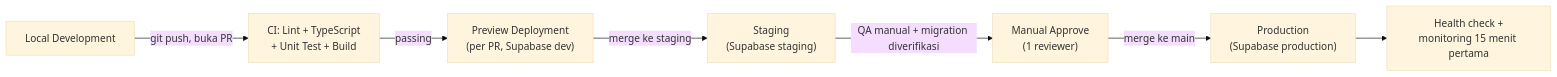
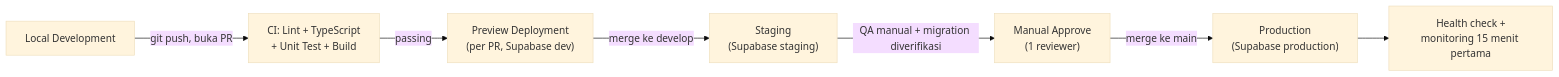
Before and after one commit to CodeByAbi/Nuxio: the seventh of 7 diagrams in docs/03. Architecture Decisions.md, drawn with Mermaid (base theme). The commit also changed other lines of this file and 5 other files, not shown here.

First line of the commit message:
docs: finish staging->develop terminology cleanup, remove remaining Prisma refs

````diff
--- a/docs/03. Architecture Decisions.md
+++ b/docs/03. Architecture Decisions.md
@@ -696,9 +696,9 @@
 ```mermaid
 flowchart LR
     DEV["Local Development"] -->|git push, buka PR| CI["CI: Lint + TypeScript\n+ Unit Test + Build"]
     CI -->|passing| PREVIEW["Preview Deployment\n(per PR, Supabase dev)"]
-    PREVIEW -->|merge ke staging| STAGE["Staging\n(Supabase staging)"]
+    PREVIEW -->|merge ke develop| STAGE["Staging\n(Supabase staging)"]
     STAGE -->|QA manual + migration diverifikasi| APPROVE["Manual Approve\n(1 reviewer)"]
     APPROVE -->|merge ke main| PROD["Production\n(Supabase production)"]
     PROD --> HEALTH["Health check +\nmonitoring 15 menit pertama"]
 ```
````
